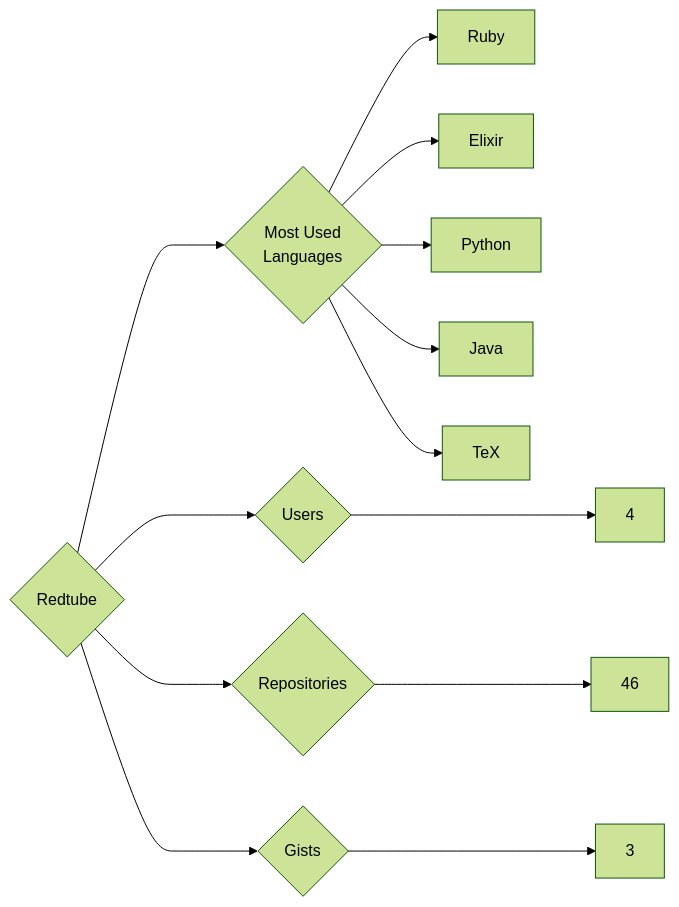
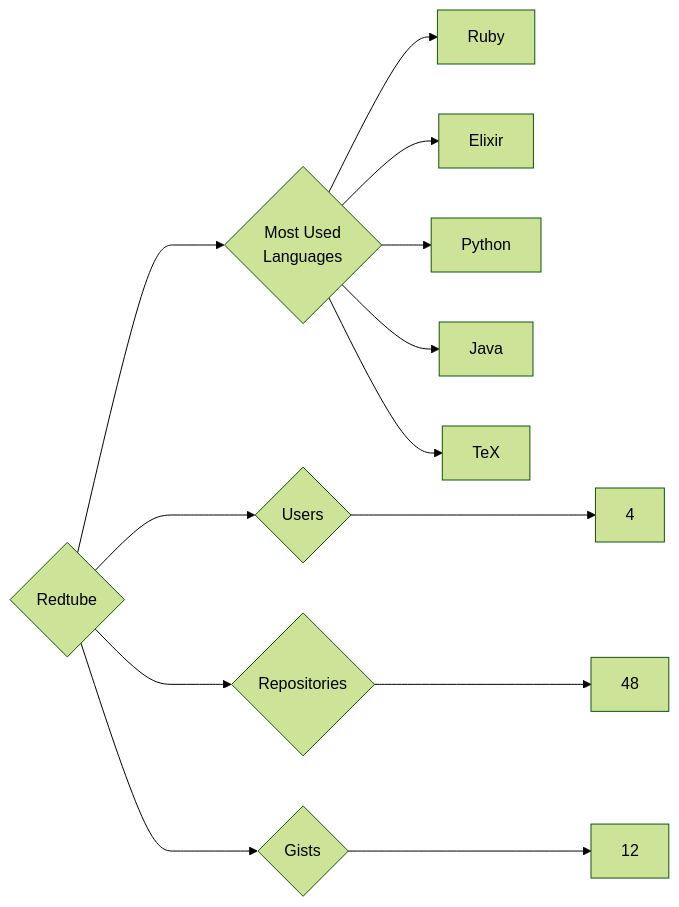
Before and after one commit to trickest/insiders: the diagram in targets/Redtube/README.md, drawn with Mermaid (forest theme). The commit also changed 796 other files, not shown here.

````diff
--- a/targets/Redtube/README.md
+++ b/targets/Redtube/README.md
@@ -3,13 +3,13 @@
 ```mermaid
 graph LR
 COMPANY_NAME{Redtube}
 COMPANY_NAME ---> U{Users} ---> UN[4]
-COMPANY_NAME ---> R{Repositories} ---> RN[46]
-COMPANY_NAME ---> G{Gists} ---> GN[3]
+COMPANY_NAME ---> R{Repositories} ---> RN[48]
+COMPANY_NAME ---> G{Gists} ---> GN[12]
 COMPANY_NAME ---> ML{Most Used<br>Languages}
 ML --> Ruby[Ruby]
 ML --> Elixir[Elixir]
 ML --> Python[Python]
 ML --> Java[Java]
 ML --> TeX[TeX]
 ```
````
